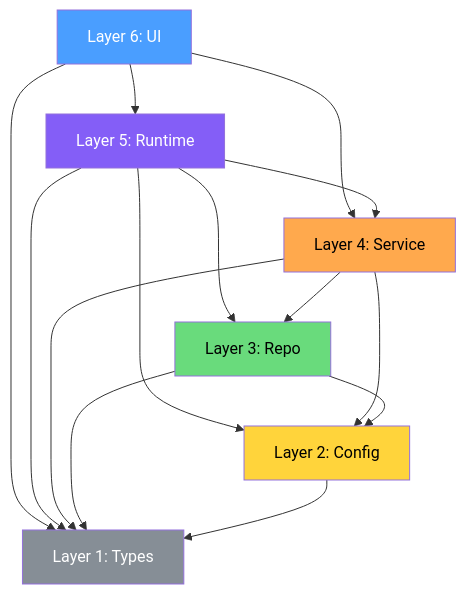
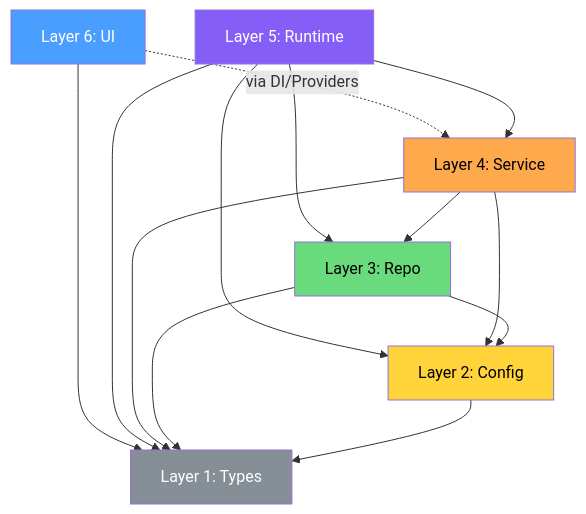
Before and after one commit to wowoyong/claude-plugin-architecture-enforcer: the diagram in docs/layers.md, drawn with Mermaid. The commit also changed other lines of this file and 7 other files, not shown here.

````diff
--- a/docs/layers.md
+++ b/docs/layers.md
@@ -18,30 +18,29 @@
 ```mermaid
 graph TD
     UI["Layer 6: UI"]
     Runtime["Layer 5: Runtime"]
     Service["Layer 4: Service"]
     Repo["Layer 3: Repo"]
     Config["Layer 2: Config"]
     Types["Layer 1: Types"]
 
-    UI --> Runtime
-    UI --> Service
+    UI -.->|"via DI/Providers"| Service
     UI --> Types
     Runtime --> Service
     Runtime --> Repo
     Runtime --> Config
     Runtime --> Types
     Service --> Repo
     Service --> Config
     Service --> Types
     Repo --> Config
     Repo --> Types
     Config --> Types
 
     style UI fill:#4a9eff,color:#fff
     style Runtime fill:#845ef7,color:#fff
     style Service fill:#ffa94d,color:#000
     style Repo fill:#69db7c,color:#000
     style Config fill:#ffd43b,color:#000
     style Types fill:#868e96,color:#fff
 ```
````
